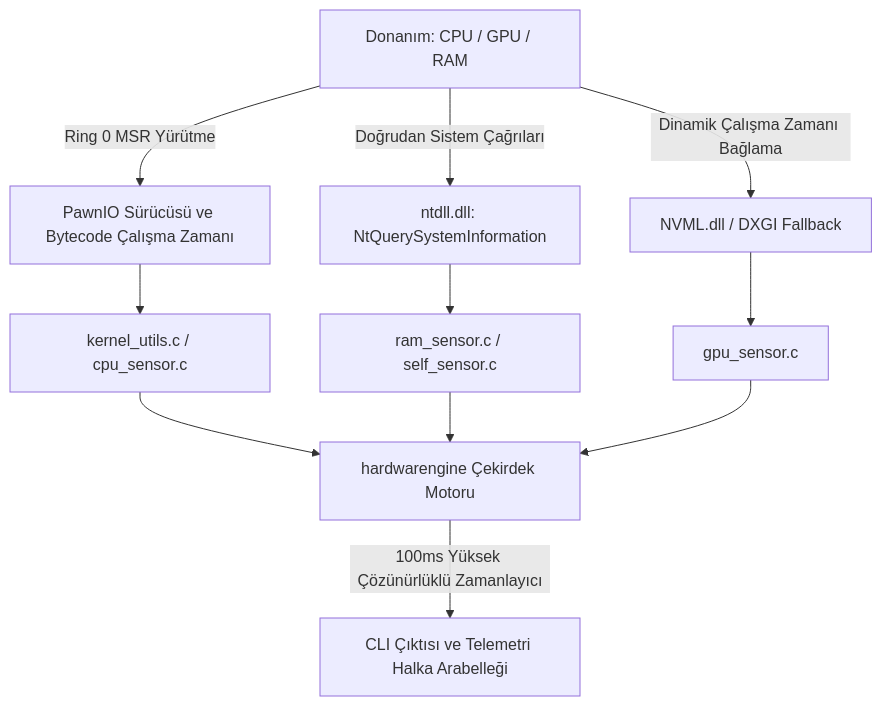
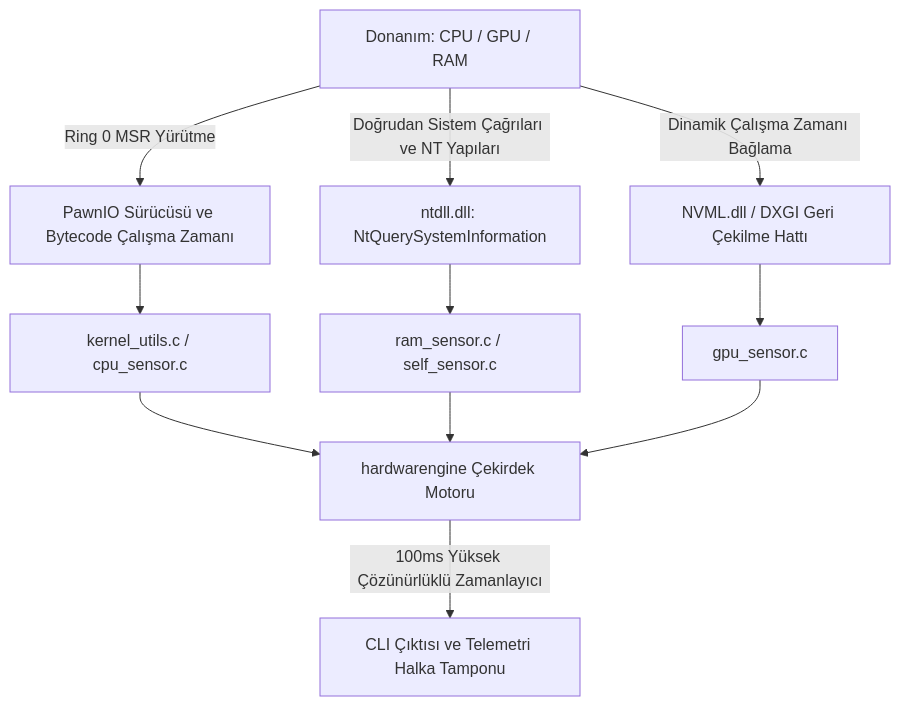
One commit to ismailemret/hardwarengine changed the diagram in README_TR.md. Above: the diagram before and after it, drawn with Mermaid. The commit also changed other lines of this file and 3 other files, not shown here.

````diff
--- a/README_TR.md
+++ b/README_TR.md
@@ -22,17 +24,16 @@
 ```mermaid
 graph TD
     A[Donanım: CPU / GPU / RAM] -->|Ring 0 MSR Yürütme| B[PawnIO Sürücüsü ve Bytecode Çalışma Zamanı]
-    A -->|Doğrudan Sistem Çağrıları| C[ntdll.dll: NtQuerySystemInformation]
-    A -->|Dinamik Çalışma Zamanı Bağlama| D[NVML.dll / DXGI Fallback]
+    A -->|Doğrudan Sistem Çağrıları ve NT Yapıları| C[ntdll.dll: NtQuerySystemInformation]
+    A -->|Dinamik Çalışma Zamanı Bağlama| D[NVML.dll / DXGI Geri Çekilme Hattı]
     
     B --> E[kernel_utils.c / cpu_sensor.c]
     C --> F[ram_sensor.c / self_sensor.c]
     D --> G[gpu_sensor.c]
     
     E --> H[hardwarengine Çekirdek Motoru]
     F --> H
     G --> H
     
-    H -->|100ms Yüksek Çözünürlüklü Zamanlayıcı| I[CLI Çıktısı ve Telemetri Halka Arabelleği]
-
+    H -->|100ms Yüksek Çözünürlüklü Zamanlayıcı| I[CLI Çıktısı ve Telemetri Halka Tamponu]
 ```
````
